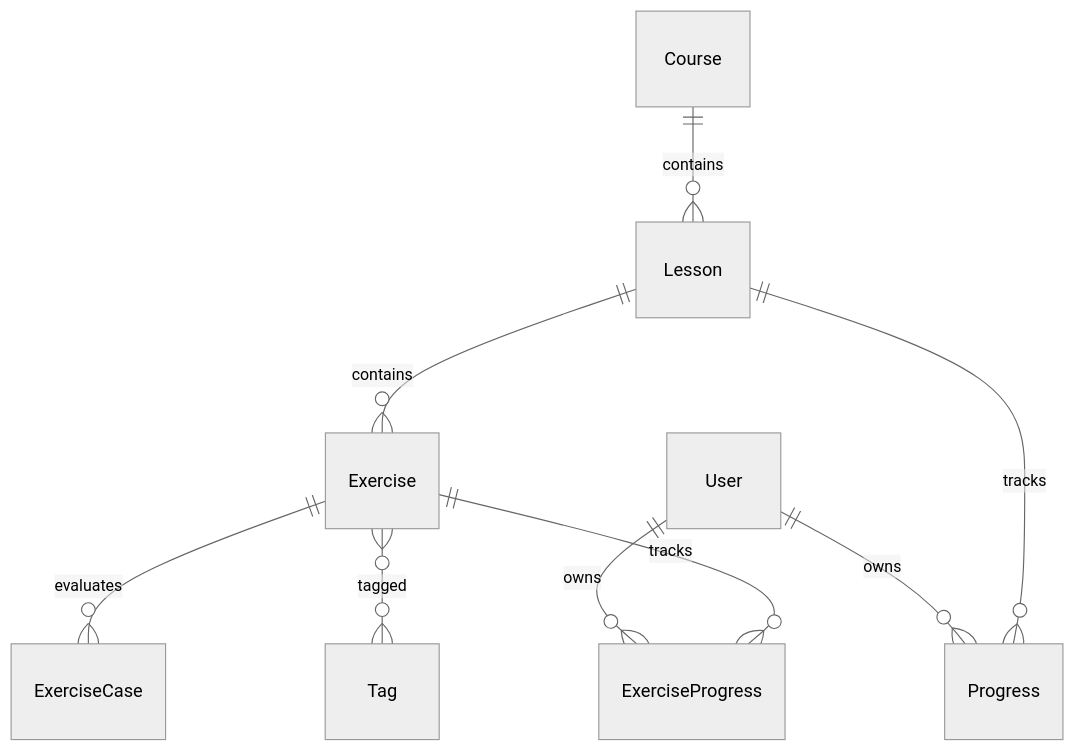
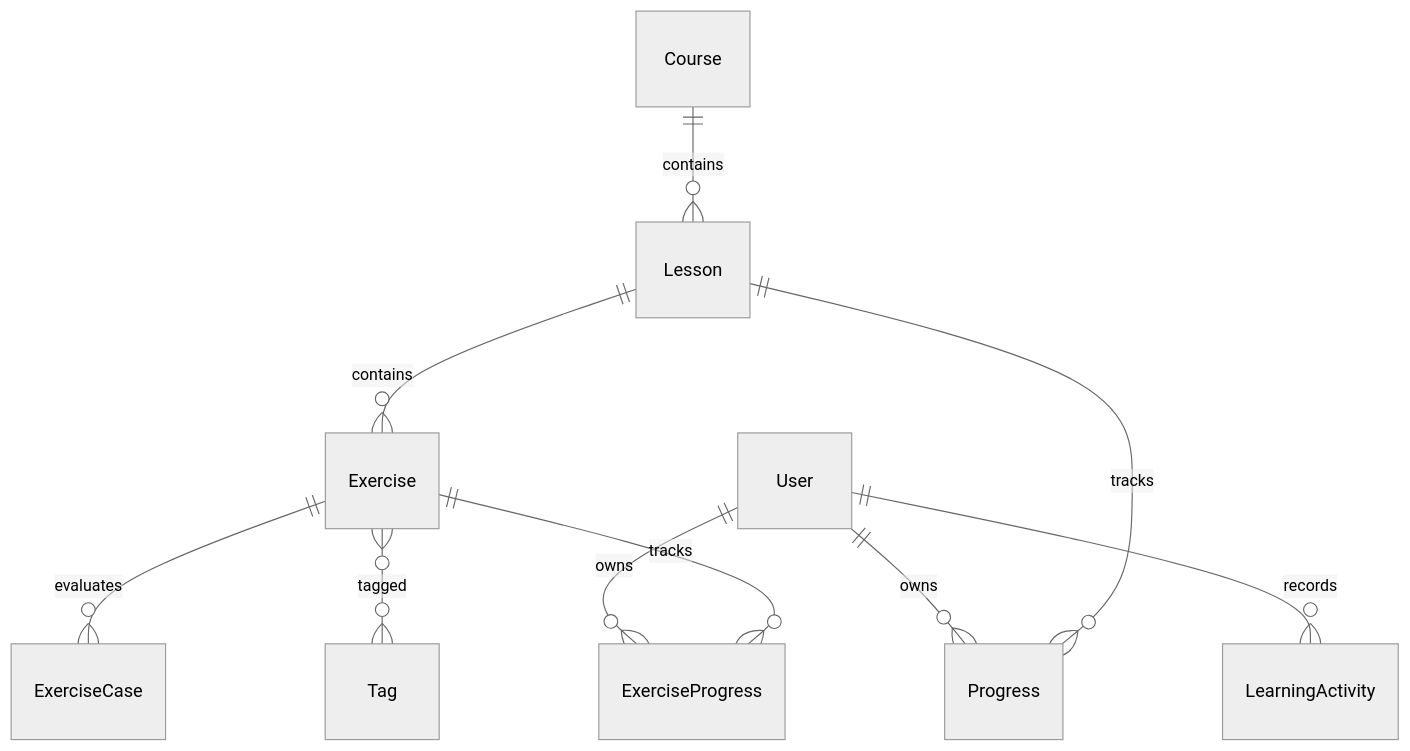
One commit to XeriChen/pytrail changed the second of 2 diagrams in docs/architecture.md. Above: the diagram before and after it, drawn with Mermaid (neutral theme). The commit also changed other lines of this file and 39 other files, not shown here.

````diff
--- a/docs/architecture.md
+++ b/docs/architecture.md
@@ -68,11 +71,12 @@
 ```mermaid
 erDiagram
   User ||--o{ Progress : owns
   User ||--o{ ExerciseProgress : owns
+  User ||--o{ LearningActivity : records
   Course ||--o{ Lesson : contains
   Lesson ||--o{ Exercise : contains
   Exercise ||--o{ ExerciseCase : evaluates
   Exercise }o--o{ Tag : tagged
   Exercise ||--o{ ExerciseProgress : tracks
   Lesson ||--o{ Progress : tracks
 ```
````
